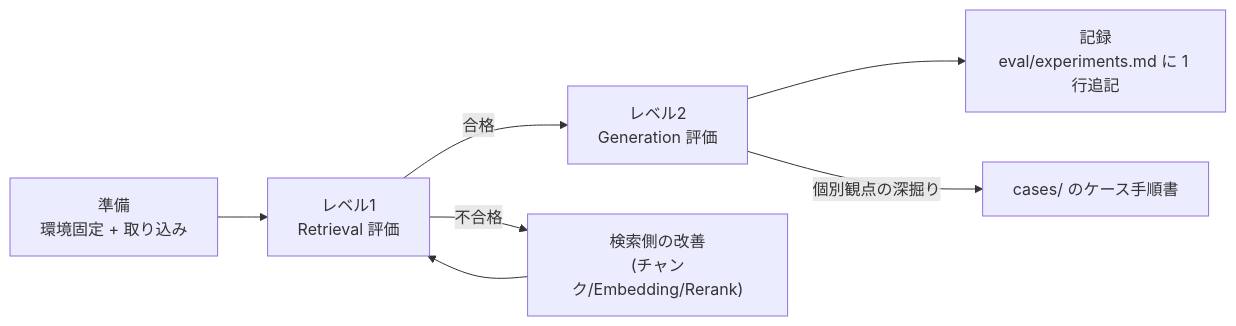
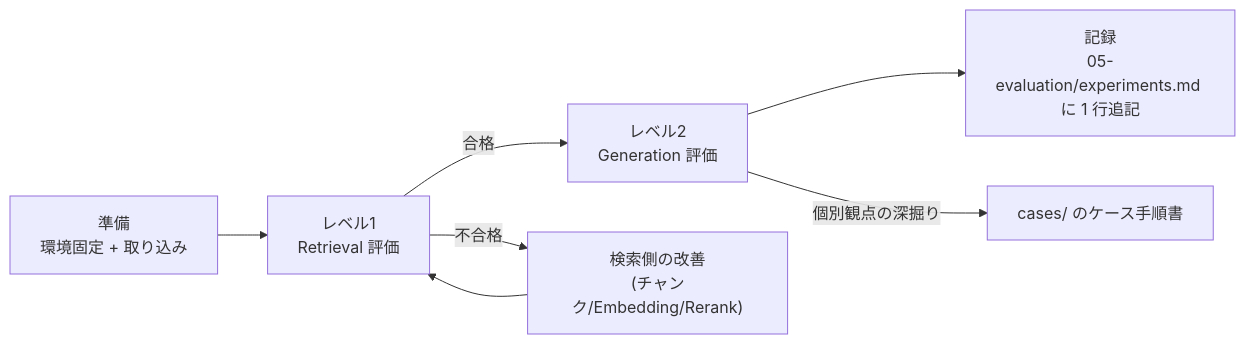
One commit to irimura/rag-system changed the diagram in 05-evaluation/README.md. Above: the diagram before and after it, drawn with Mermaid. The commit also changed other lines of this file and 41 other files, not shown here.

````diff
--- a/05-evaluation/README.md
+++ b/05-evaluation/README.md
@@ -21,9 +21,9 @@
 ```mermaid
 flowchart LR
     P["準備<br/>環境固定 + 取り込み"] --> L1["レベル1<br/>Retrieval 評価"]
     L1 -->|"合格"| L2["レベル2<br/>Generation 評価"]
     L1 -->|"不合格"| FIX1["検索側の改善<br/>(チャンク/Embedding/Rerank)"]
     FIX1 --> L1
-    L2 --> REC["記録<br/>eval/experiments.md に 1 行追記"]
+    L2 --> REC["記録<br/>05-evaluation/experiments.md に 1 行追記"]
     L2 -->|"個別観点の深掘り"| CASE["cases/ のケース手順書"]
 ```
````
